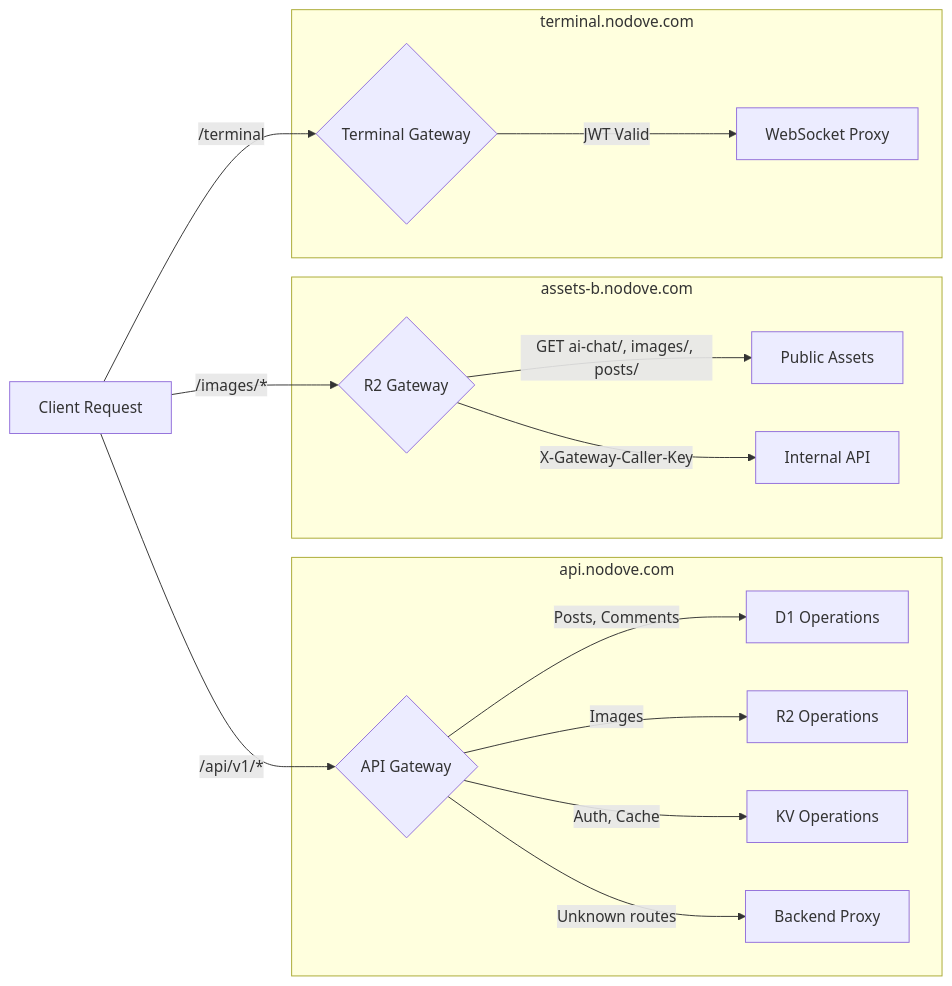
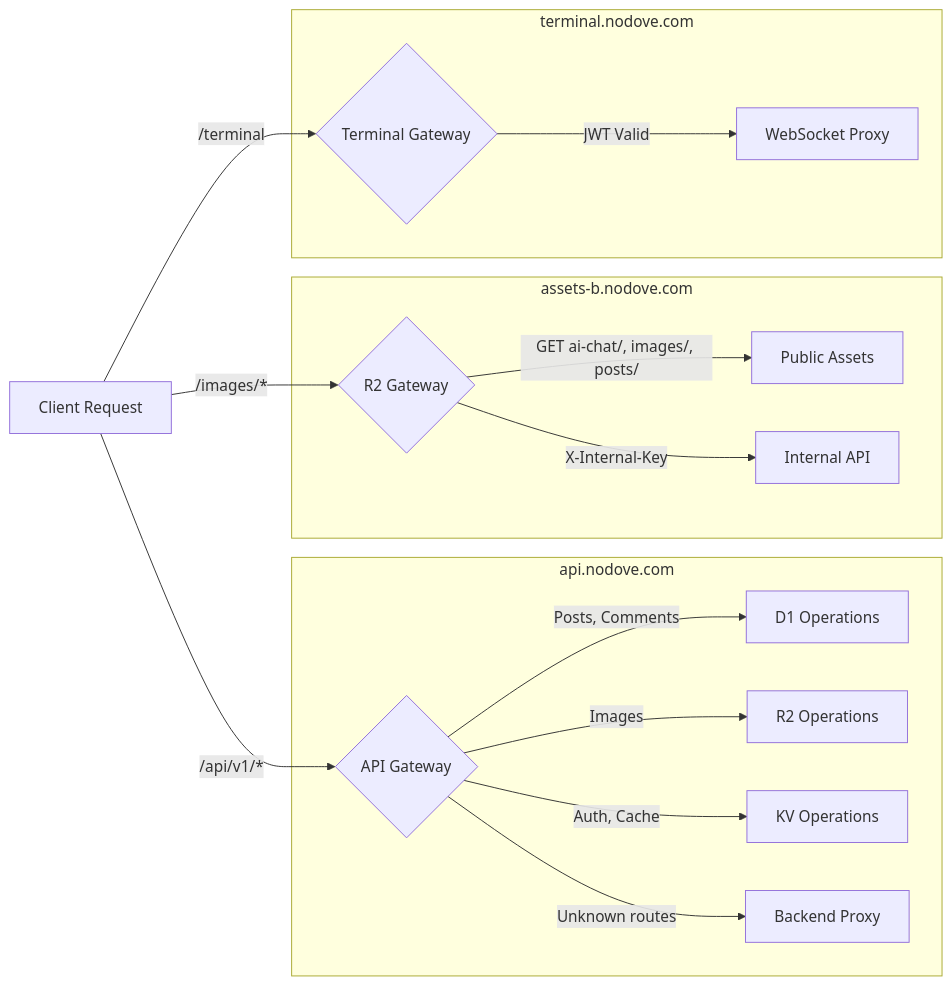
The second of 3 diagrams in workers/README.md (choisimo/blog), drawn with Mermaid before and after one commit. The commit also changed other lines of this file and 35 other files, not shown here.

````diff
--- a/workers/README.md
+++ b/workers/README.md
@@ -79,37 +79,37 @@
 ```mermaid
 flowchart LR
     REQ[Client Request]
     
     subgraph "api.nodove.com"
         API_GW{API Gateway}
         D1_OP[D1 Operations]
         R2_OP[R2 Operations]
         KV_OP[KV Operations]
         PROXY[Backend Proxy]
     end
     
     subgraph "assets-b.nodove.com"
         R2_GW{R2 Gateway}
         PUB[Public Assets]
         INT[Internal API]
     end
     
     subgraph "terminal.nodove.com"
         TERM_GW{Terminal Gateway}
         WS[WebSocket Proxy]
     end
     
     REQ -->|/api/v1/*| API_GW
     REQ -->|/images/*| R2_GW
     REQ -->|/terminal| TERM_GW
     
     API_GW -->|Posts, Comments| D1_OP
     API_GW -->|Images| R2_OP
     API_GW -->|Auth, Cache| KV_OP
     API_GW -->|Unknown routes| PROXY
     
     R2_GW -->|GET ai-chat/, images/, posts/| PUB
-    R2_GW -->|X-Gateway-Caller-Key| INT
+    R2_GW -->|X-Internal-Key| INT
     
     TERM_GW -->|JWT Valid| WS
 ```
````
